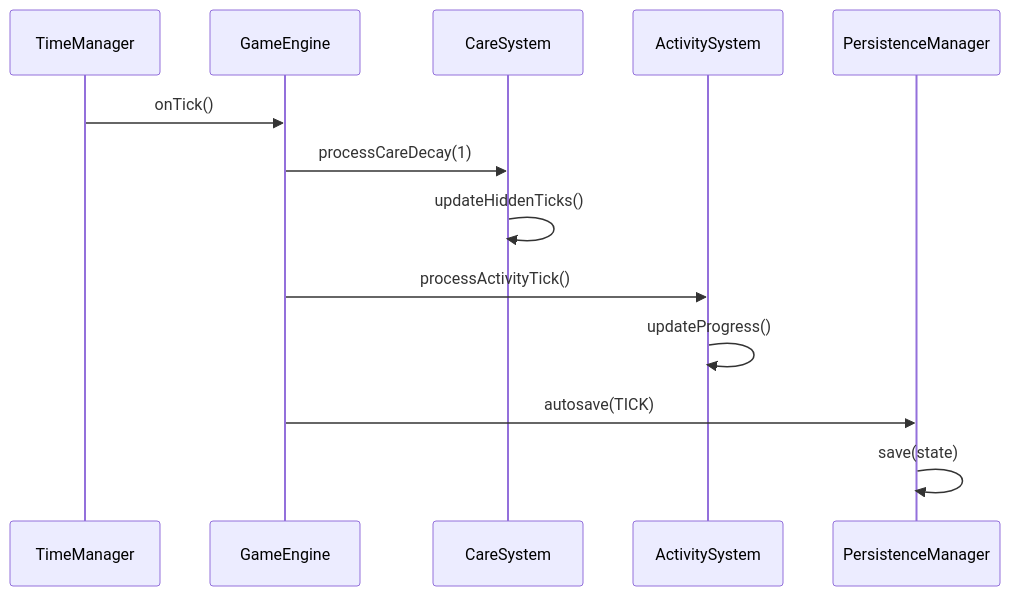
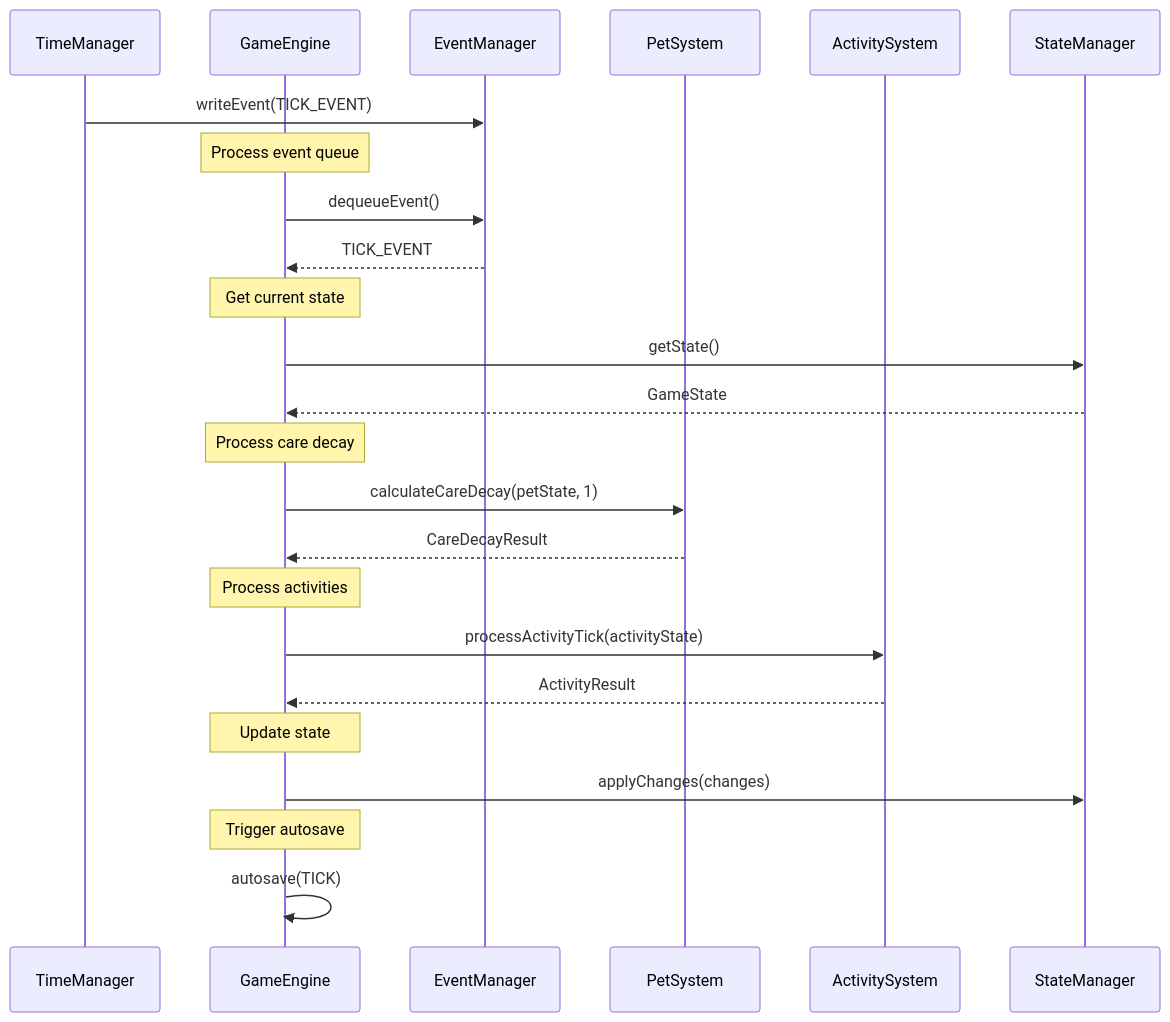
The third of 6 diagrams in architecture.md (KnightNiwrem/Digital-Pets-v2), drawn with Mermaid before and after one commit. The commit also changed other lines of this file and 2 other files, not shown here.

Commit message:
Update architecture to reduce coupling

````diff
--- a/architecture.md
+++ b/architecture.md
@@ -942,16 +1022,33 @@
 ```mermaid
 sequenceDiagram
     participant TM as TimeManager
     participant GE as GameEngine
-    participant CS as CareSystem
+    participant EM as EventManager
+    participant PS as PetSystem
     participant AS as ActivitySystem
-    participant PM as PersistenceManager
+    participant SM as StateManager
 
-    TM->>GE: onTick()
-    GE->>CS: processCareDecay(1)
-    CS->>CS: updateHiddenTicks()
-    GE->>AS: processActivityTick()
-    AS->>AS: updateProgress()
-    GE->>PM: autosave(TICK)
-    PM->>PM: save(state)
+    TM->>EM: writeEvent(TICK_EVENT)
+    
+    Note over GE: Process event queue
+    GE->>EM: dequeueEvent()
+    EM-->>GE: TICK_EVENT
+    
+    Note over GE: Get current state
+    GE->>SM: getState()
+    SM-->>GE: GameState
+    
+    Note over GE: Process care decay
+    GE->>PS: calculateCareDecay(petState, 1)
+    PS-->>GE: CareDecayResult
+    
+    Note over GE: Process activities
+    GE->>AS: processActivityTick(activityState)
+    AS-->>GE: ActivityResult
+    
+    Note over GE: Update state
+    GE->>SM: applyChanges(changes)
+    
+    Note over GE: Trigger autosave
+    GE->>GE: autosave(TICK)
 ```
````
